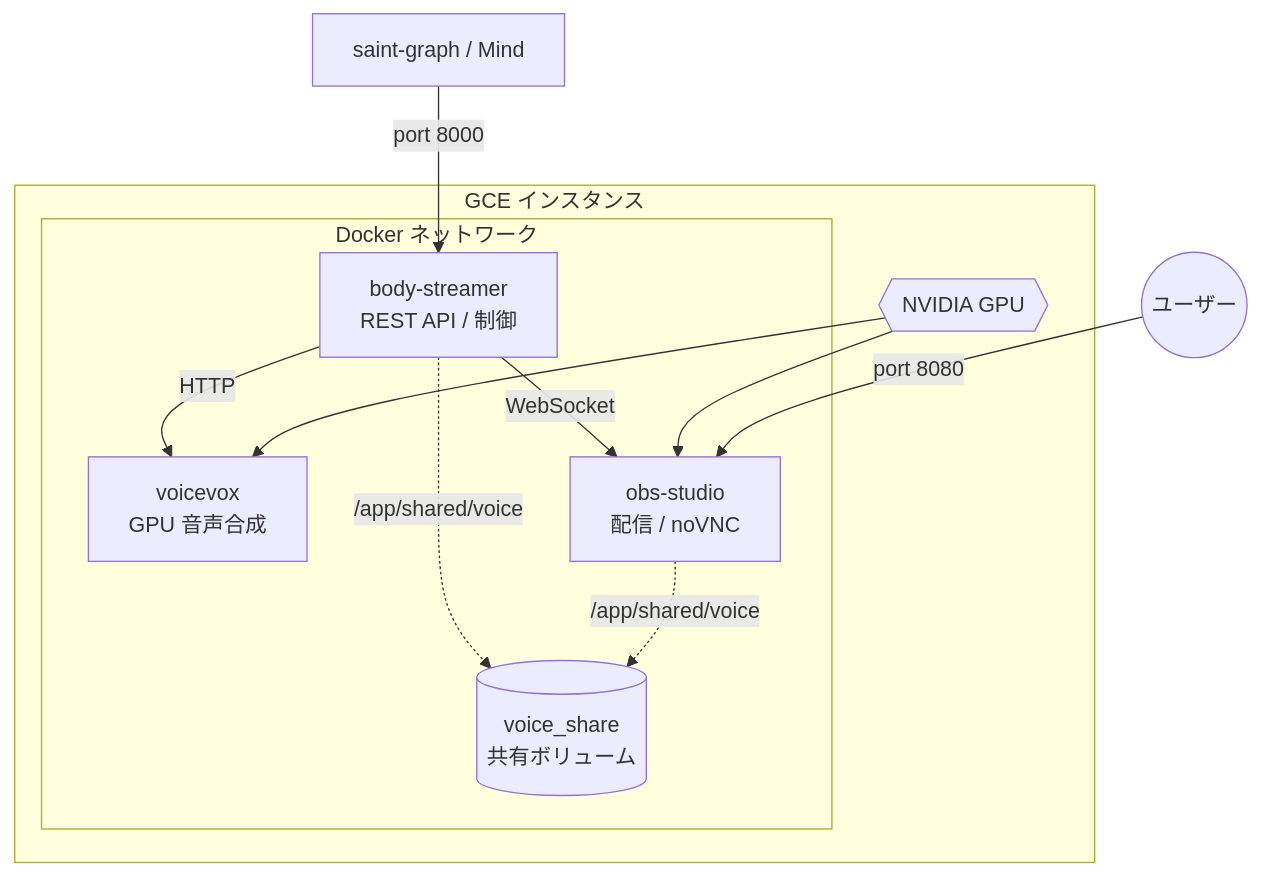
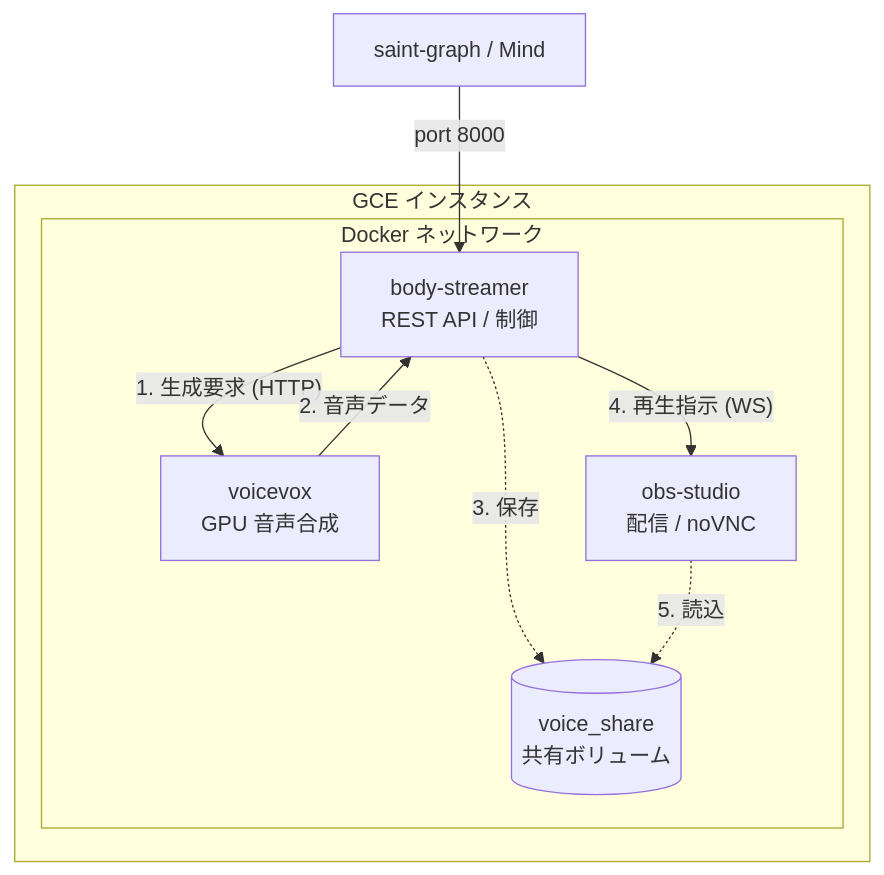
The second of 2 diagrams in docs/components/body/streamer/README.md (koduki/ai-tuber), drawn with Mermaid before and after one commit.

Commit message:
Refactor docs and name

````diff
--- a/docs/components/body/streamer/README.md
+++ b/docs/components/body/streamer/README.md
@@ -35,23 +35,19 @@
 ```mermaid
 graph TB
     subgraph GCE_Instance [GCE インスタンス]
         subgraph Network [Docker ネットワーク]
             BodyStreamer[body-streamer<br/>REST API / 制御]
             VoiceVox[voicevox<br/>GPU 音声合成]
             OBS[obs-studio<br/>配信 / noVNC]
             Volume[(voice_share<br/>共有ボリューム)]
             
-            BodyStreamer -- "HTTP" --> VoiceVox
-            BodyStreamer -- "WebSocket" --> OBS
-            BodyStreamer -. "/app/shared/voice" .-> Volume
-            OBS -. "/app/shared/voice" .-> Volume
+            BodyStreamer -- "1. 生成要求 (HTTP)" --> VoiceVox
+            VoiceVox -- "2. 音声データ" --> BodyStreamer
+            BodyStreamer -. "3. 保存" .-> Volume
+            BodyStreamer -- "4. 再生指示 (WS)" --> OBS
+            OBS -. "5. 読込" .-> Volume
         end
-        
-        GPU{{"NVIDIA GPU"}}
-        GPU --> VoiceVox
-        GPU --> OBS
     end
 
     Mind[saint-graph / Mind] -->|port 8000| BodyStreamer
-    User((ユーザー)) -->|port 8080| OBS
 ```
````
